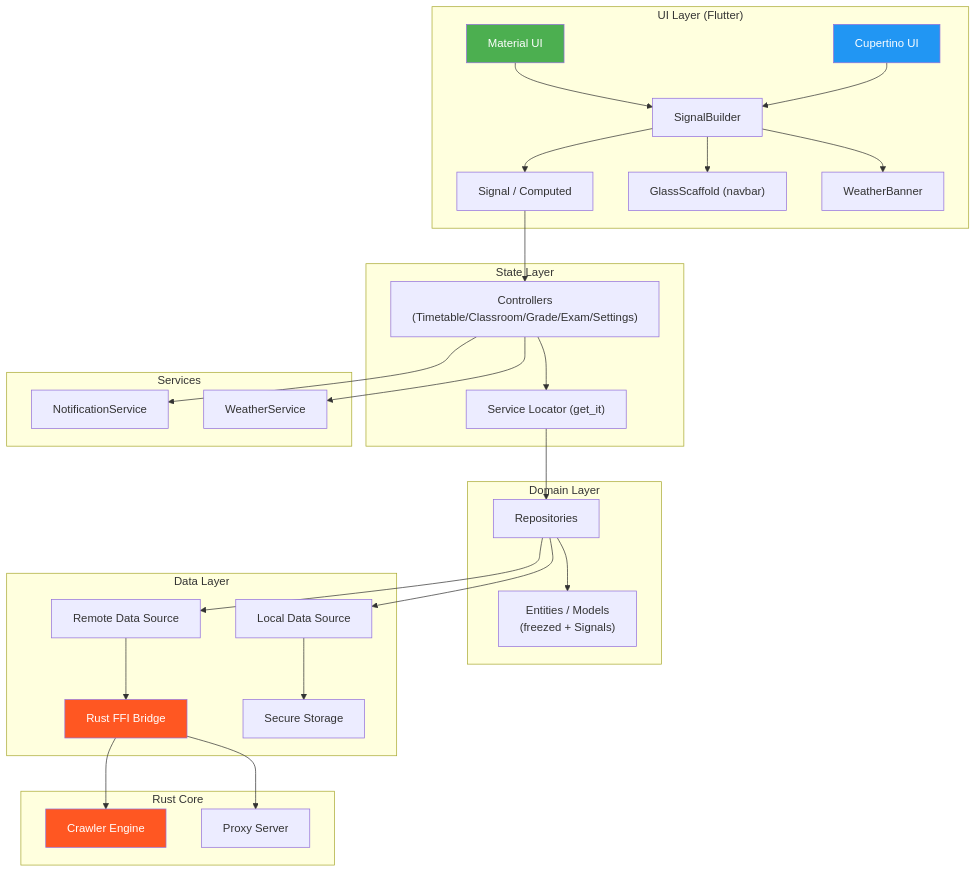
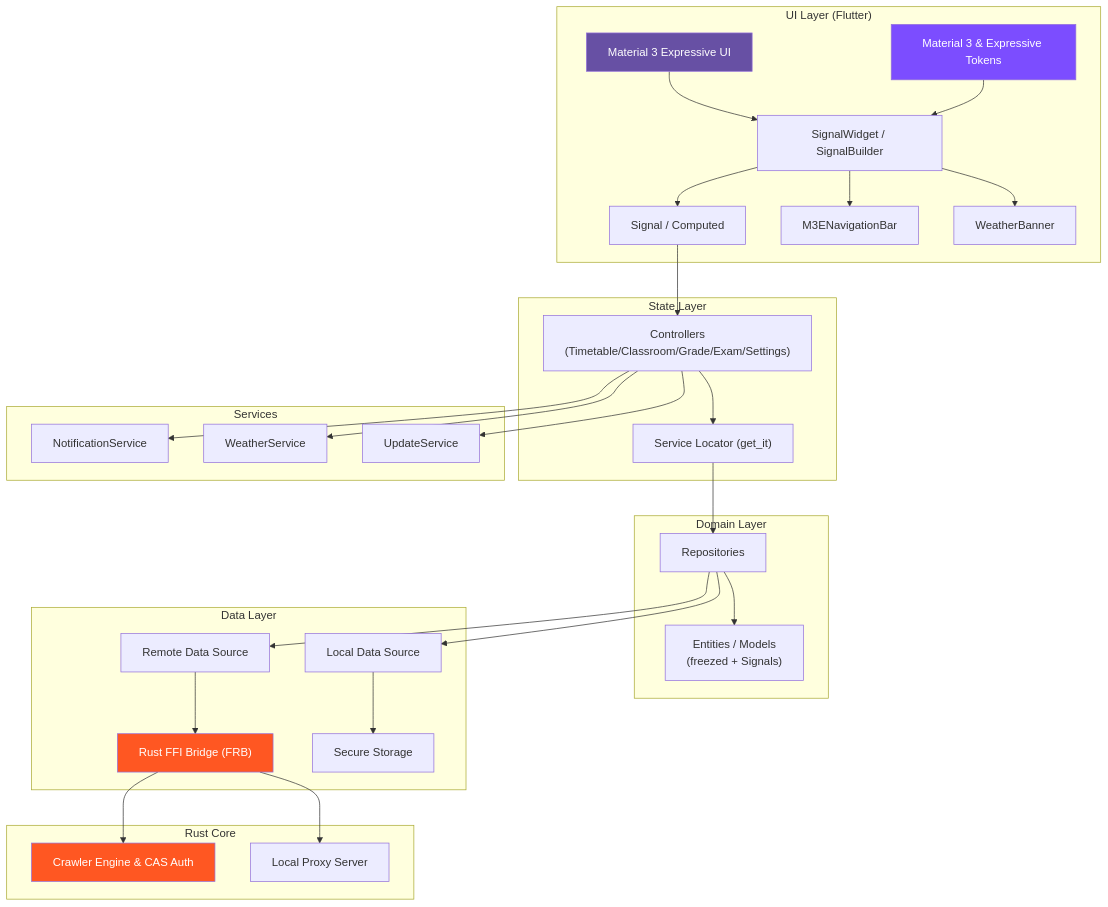
The first of 4 diagrams in README.md (fans963/li_curriculum_table), drawn with Mermaid before and after one commit. The commit also changed other lines of this file and 10 other files, not shown here.

Commit message:
feat: add wasm32 target support to Rust crawler and update Flutter workflows to stable channel

````diff
--- a/README.md
+++ b/README.md
@@ -32,42 +33,43 @@
 ```mermaid
 graph TB
     subgraph "UI Layer (Flutter)"
-        A[Material UI] --> C[SignalBuilder]
-        B[Cupertino UI] --> C
+        A[Material 3 Expressive UI] --> C[SignalWidget / SignalBuilder]
+        M3E[Material 3 & Expressive Tokens] --> C
         C --> D["Signal / Computed"]
-        C --> Gl["GlassScaffold (navbar)"]
+        C --> Nav["M3ENavigationBar"]
         C --> We["WeatherBanner"]
     end
 
     subgraph "State Layer"
         D --> E["Controllers<br/>(Timetable/Classroom/Grade/Exam/Settings)"]
         E --> F["Service Locator (get_it)"]
     end
 
     subgraph "Domain Layer"
         F --> G["Repositories"]
         G --> H["Entities / Models<br/>(freezed + Signals)"]
     end
 
     subgraph "Data Layer"
         G --> I["Remote Data Source"]
         G --> J["Local Data Source"]
-        I --> K["Rust FFI Bridge"]
+        I --> K["Rust FFI Bridge (FRB)"]
         J --> L["Secure Storage"]
     end
 
     subgraph "Rust Core"
-        K --> M[Crawler Engine]
-        K --> O[Proxy Server]
+        K --> M[Crawler Engine & CAS Auth]
+        K --> O[Local Proxy Server]
     end
 
     subgraph "Services"
         E --> No["NotificationService"]
         E --> We2["WeatherService"]
+        E --> Up["UpdateService"]
     end
 
-    style A fill:#4CAF50,color:#fff
-    style B fill:#2196F3,color:#fff
+    style A fill:#6750A4,color:#fff
+    style M3E fill:#7C4DFF,color:#fff
     style K fill:#FF5722,color:#fff
     style M fill:#FF5722,color:#fff
 ```
````
